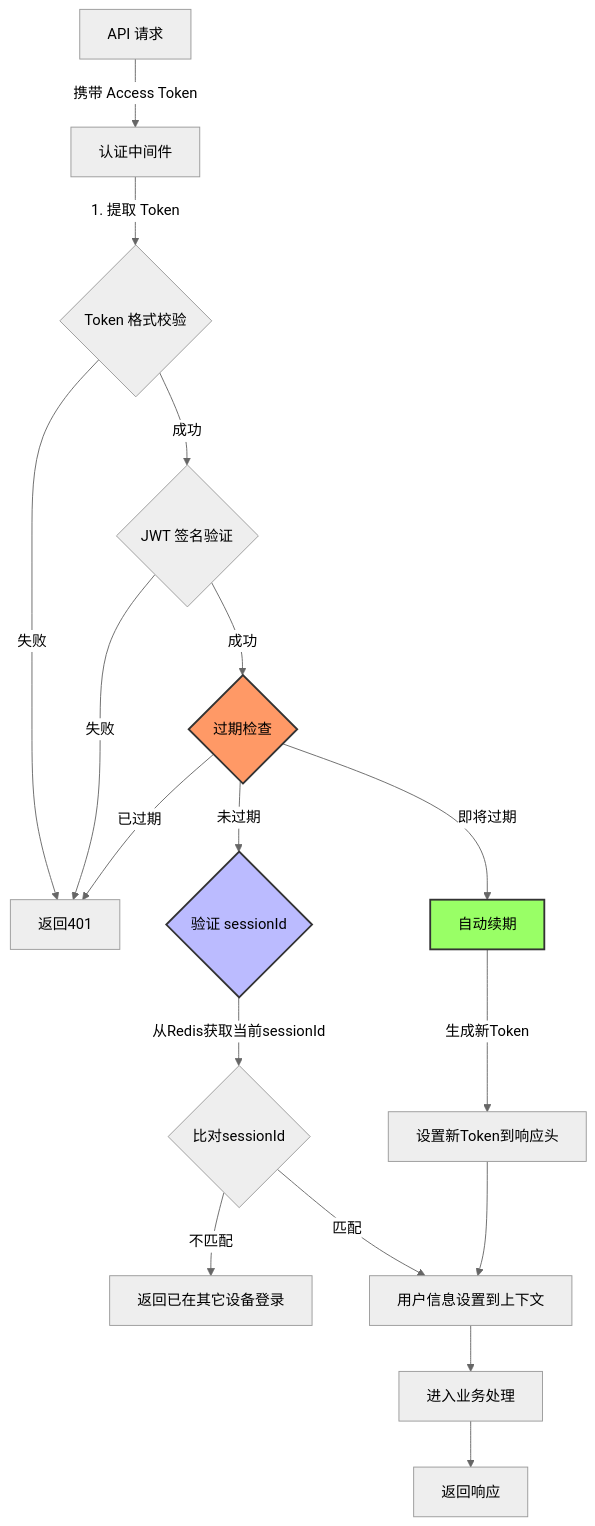
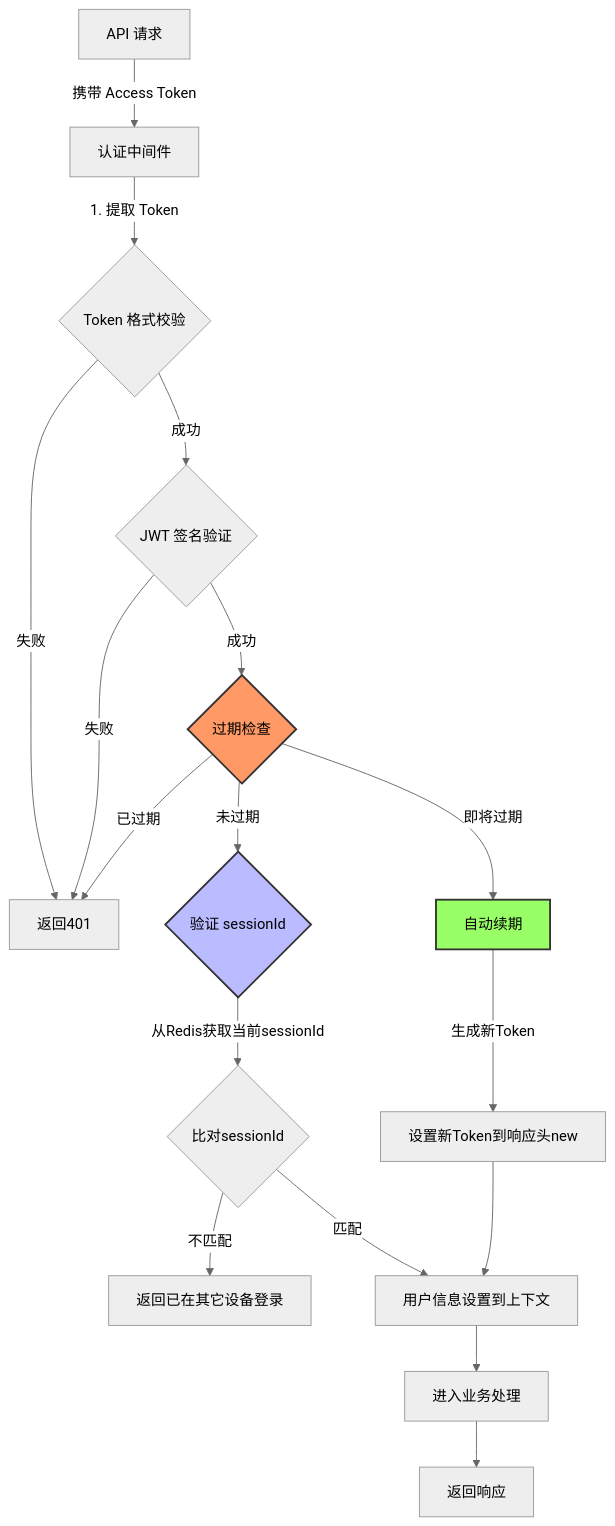
Before and after one commit to yingjianzh/iodraw-files: the diagram in all/未命名-13.md, drawn with Mermaid (neutral theme).

Commit message:
2025-01-02 16:11:04 update

````diff
--- a/all/未命名-13.md
+++ b/all/未命名-13.md
@@ -1,29 +1,29 @@
 ```mermaid
 
 flowchart TD
     
     A[API 请求] -->|携带 Access Token| B[认证中间件]
     B -->|1. 提取 Token| C{Token 格式校验}
     C -->|失败| D[返回401]
     C -->|成功| E{JWT 签名验证}
     E -->|失败| D
     E -->|成功| F{过期检查}
     
     F -->|已过期| D
     F -->|即将过期| G[自动续期]
     F -->|未过期| H{验证 sessionId}
     
     H -->|从Redis获取当前sessionId| I{比对sessionId}
     I -->|不匹配| J[返回已在其它设备登录]
     I -->|匹配| K[用户信息设置到上下文]
     K --> L[进入业务处理]
     L --> N[返回响应]
     
-    G -->|生成新Token| M[设置新Token到响应头]
+    G -->|生成新Token| M[设置新Token到响应头new]
     M --> K
 
     style F fill:#f96,stroke:#333,stroke-width:2px
     style H fill:#bbf,stroke:#333,stroke-width:2px
     style G fill:#9f6,stroke:#333,stroke-width:2px
 
 ```
````
